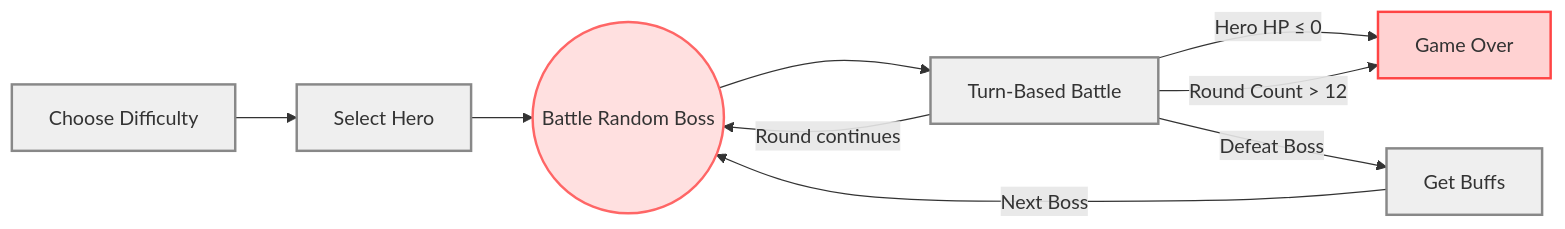
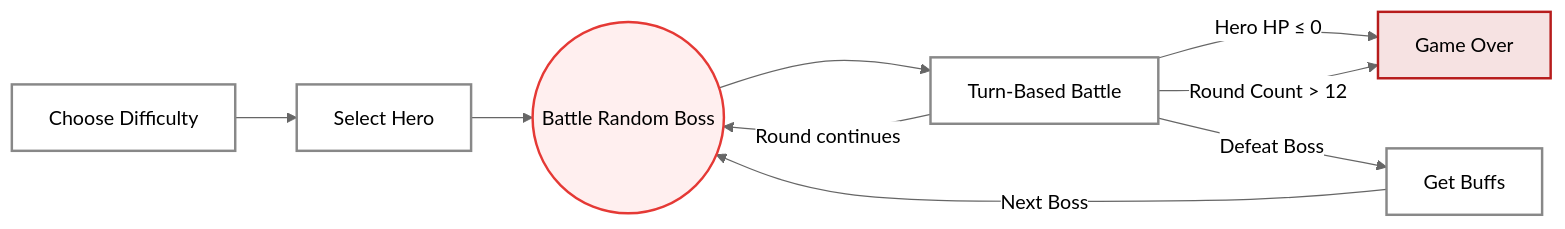
The first of 2 diagrams in README.md (IcyCrucifix/COMP2113_Group66), drawn with Mermaid before and after one commit. The commit also changed other lines of this file, not shown here.

Commit message:
Refactor Mermaid diagrams in README.md
Updated the Mermaid diagrams to improve clarity and consistency in styling.

````diff
--- a/README.md
+++ b/README.md
@@ -47,20 +47,21 @@
 ```mermaid
+%%{init: {'theme': 'neutral'}}%%
 graph LR
     A[Choose Difficulty] --> B[Select Hero]
     B --> C((Battle Random Boss))
     C --> D[Turn-Based Battle]
     
     D -->|Round continues| C
     D -->|Hero HP ≤ 0| E[Game Over]
     D -->|Round Count > 12| E
     D -->|Defeat Boss| F[Get Buffs]
     
     F -->|Next Boss| C
-    
-    classDef default fill:#8882,stroke:#888,stroke-width:2px;
-    classDef boss fill:#f663,stroke:#f66,stroke-width:2px;
-    classDef death fill:#f223,stroke:#f44,stroke-width:2px;
+
+    classDef default fill:none,stroke:#888,stroke-width:2px,color:inherit;
+    classDef boss fill:#ff000010,stroke:#e53935,stroke-width:2px,color:inherit;
+    classDef death fill:#b71c1c20,stroke:#b71c1c,stroke-width:2px,color:inherit;
     
     class C boss;
     class E death;
 ```
````
